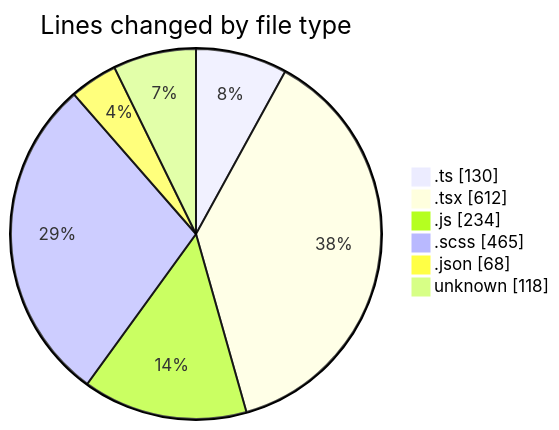
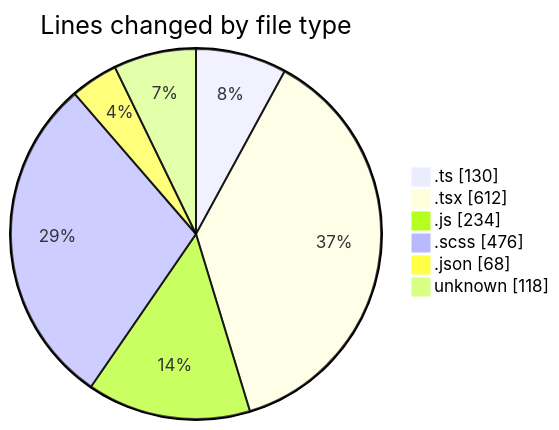
One commit to momahboobian/code-tracking changed the first of 2 diagrams in 2026-05-08/cda/README.md. Above: the diagram before and after it, drawn with Mermaid. The commit also changed other lines of this file and 1 other file, not shown here.

````diff
--- a/2026-05-08/cda/README.md
+++ b/2026-05-08/cda/README.md
@@ -38,10 +38,10 @@
 ```mermaid
 pie showData
 title Lines changed by file type
 ".ts" : 130
 ".tsx" : 612
 ".js" : 234
-".scss" : 465
+".scss" : 476
 ".json" : 68
 "unknown" : 118
 ```
````
